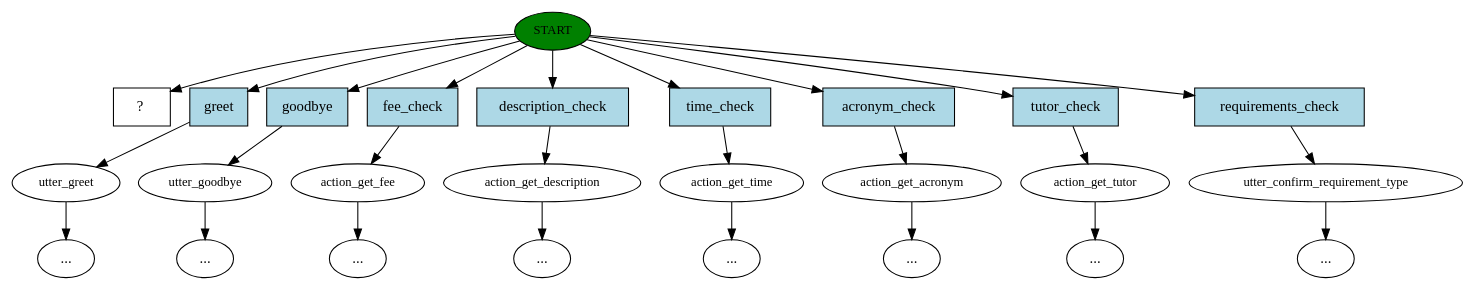
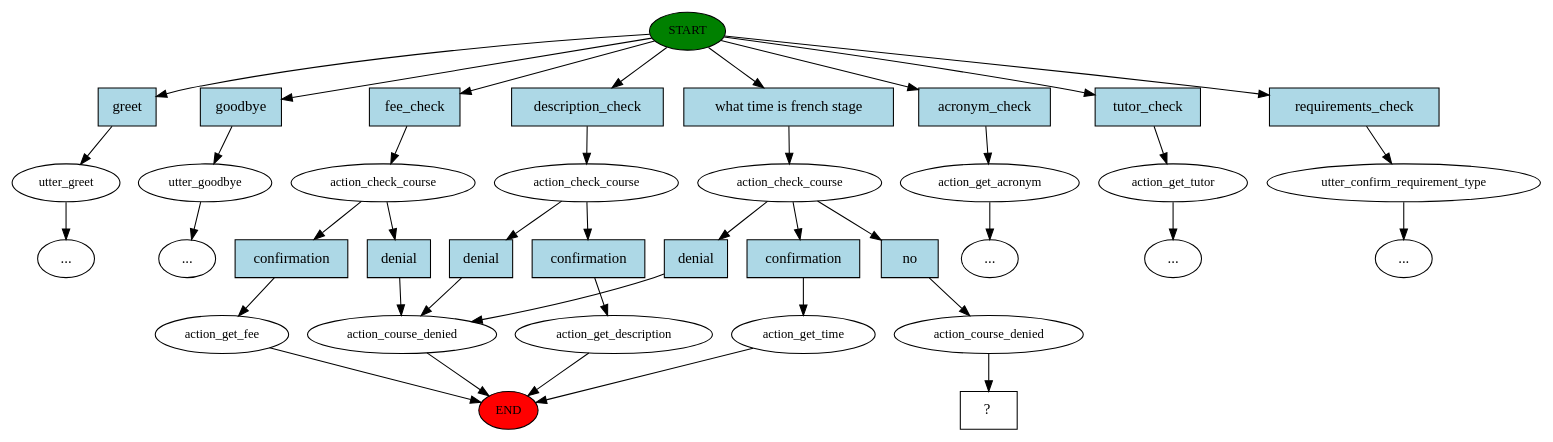
Before and after one commit to leonore/ugenie: the diagram in chat-service/model/story_graph.dot, drawn with Graphviz. The commit also changed 9 other files, not shown here.

```diff
--- a/chat-service/model/story_graph.dot
+++ b/chat-service/model/story_graph.dot
@@ -1,53 +1,78 @@
 digraph  {
 0 [class="start active", fillcolor=green, fontsize=12, label=START, style=filled];
+"-1" [class=end, fillcolor=red, fontsize=12, label=END, style=filled];
 1 [class="", fontsize=12, label=utter_greet];
 "-3" [class=ellipsis, label="..."];
 2 [class="", fontsize=12, label=utter_goodbye];
 "-4" [class=ellipsis, label="..."];
-3 [class="", fontsize=12, label=action_get_fee];
+3 [class="", fontsize=12, label=action_check_course];
+4 [class="", fontsize=12, label=action_get_fee];
+6 [class="", fontsize=12, label=action_course_denied];
+7 [class=active, fontsize=12, label=action_check_course];
+8 [class="", fontsize=12, label=action_get_time];
+11 [class="", fontsize=12, label=action_check_course];
+12 [class="", fontsize=12, label=action_get_description];
+15 [class="", fontsize=12, label=action_get_acronym];
 "-5" [class=ellipsis, label="..."];
-4 [class="", fontsize=12, label=action_get_description];
+16 [class="", fontsize=12, label=action_get_tutor];
 "-6" [class=ellipsis, label="..."];
-5 [class="", fontsize=12, label=action_get_time];
+17 [class="", fontsize=12, label=utter_confirm_requirement_type];
 "-7" [class=ellipsis, label="..."];
-6 [class="", fontsize=12, label=action_get_acronym];
-"-8" [class=ellipsis, label="..."];
-7 [class="", fontsize=12, label=action_get_tutor];
-"-9" [class=ellipsis, label="..."];
-8 [class="", fontsize=12, label=utter_confirm_requirement_type];
-"-10" [class=ellipsis, label="..."];
-9 [class="intent dashed active", label="  ?  ", shape=rect];
-10 [class=intent, fillcolor=lightblue, label=greet, shape=rect, style=filled];
-11 [class=intent, fillcolor=lightblue, label=goodbye, shape=rect, style=filled];
-12 [class=intent, fillcolor=lightblue, label=fee_check, shape=rect, style=filled];
-13 [class=intent, fillcolor=lightblue, label=description_check, shape=rect, style=filled];
-14 [class=intent, fillcolor=lightblue, label=time_check, shape=rect, style=filled];
-15 [class=intent, fillcolor=lightblue, label=acronym_check, shape=rect, style=filled];
-16 [class=intent, fillcolor=lightblue, label=tutor_check, shape=rect, style=filled];
-17 [class=intent, fillcolor=lightblue, label=requirements_check, shape=rect, style=filled];
-0 -> 9  [class=active, key=NONE, label=""];
-0 -> 10  [class="", key=0];
-0 -> 11  [class="", key=0];
-0 -> 12  [class="", key=0];
-0 -> 13  [class="", key=0];
-0 -> 14  [class="", key=0];
-0 -> 15  [class="", key=0];
-0 -> 16  [class="", key=0];
-0 -> 17  [class="", key=0];
+21 [class=active, fontsize=12, label=action_course_denied];
+22 [class="intent dashed active", label="  ?  ", shape=rect];
+23 [class=intent, fillcolor=lightblue, label=greet, shape=rect, style=filled];
+24 [class=intent, fillcolor=lightblue, label=goodbye, shape=rect, style=filled];
+25 [class=intent, fillcolor=lightblue, label=fee_check, shape=rect, style=filled];
+26 [class="intent active", fillcolor=lightblue, label="what time is french stage", shape=rect, style=filled];
+27 [class=intent, fillcolor=lightblue, label=description_check, shape=rect, style=filled];
+28 [class=intent, fillcolor=lightblue, label=acronym_check, shape=rect, style=filled];
+29 [class=intent, fillcolor=lightblue, label=tutor_check, shape=rect, style=filled];
+30 [class=intent, fillcolor=lightblue, label=requirements_check, shape=rect, style=filled];
+31 [class=intent, fillcolor=lightblue, label=confirmation, shape=rect, style=filled];
+32 [class=intent, fillcolor=lightblue, label=denial, shape=rect, style=filled];
+33 [class=intent, fillcolor=lightblue, label=confirmation, shape=rect, style=filled];
+34 [class=intent, fillcolor=lightblue, label=denial, shape=rect, style=filled];
+35 [class="intent active", fillcolor=lightblue, label=no, shape=rect, style=filled];
+36 [class=intent, fillcolor=lightblue, label=confirmation, shape=rect, style=filled];
+37 [class=intent, fillcolor=lightblue, label=denial, shape=rect, style=filled];
+0 -> 23  [class="", key=0];
+0 -> 24  [class="", key=0];
+0 -> 25  [class="", key=0];
+0 -> 26  [class=active, key=0];
+0 -> 27  [class="", key=0];
+0 -> 28  [class="", key=0];
+0 -> 29  [class="", key=0];
+0 -> 30  [class="", key=0];
 1 -> "-3"  [class="", key=NONE, label=""];
 2 -> "-4"  [class="", key=NONE, label=""];
-3 -> "-5"  [class="", key=NONE, label=""];
-4 -> "-6"  [class="", key=NONE, label=""];
-5 -> "-7"  [class="", key=NONE, label=""];
-6 -> "-8"  [class="", key=NONE, label=""];
-7 -> "-9"  [class="", key=NONE, label=""];
-8 -> "-10"  [class="", key=NONE, label=""];
-10 -> 1  [class="", key=0];
-11 -> 2  [class="", key=0];
-12 -> 3  [class="", key=0];
-13 -> 4  [class="", key=0];
-14 -> 5  [class="", key=0];
-15 -> 6  [class="", key=0];
-16 -> 7  [class="", key=0];
-17 -> 8  [class="", key=0];
+3 -> 31  [class="", key=0];
+3 -> 32  [class="", key=0];
+4 -> "-1"  [class="", key=NONE, label=""];
+6 -> "-1"  [class="", key=NONE, label=""];
+7 -> 33  [class="", key=0];
+7 -> 34  [class="", key=0];
+7 -> 35  [class=active, key=0];
+8 -> "-1"  [class="", key=NONE, label=""];
+11 -> 36  [class="", key=0];
+11 -> 37  [class="", key=0];
+12 -> "-1"  [class="", key=NONE, label=""];
+15 -> "-5"  [class="", key=NONE, label=""];
+16 -> "-6"  [class="", key=NONE, label=""];
+17 -> "-7"  [class="", key=NONE, label=""];
+21 -> 22  [class=active, key=NONE, label=""];
+23 -> 1  [class="", key=0];
+24 -> 2  [class="", key=0];
+25 -> 3  [class="", key=0];
+26 -> 7  [class=active, key=0];
+27 -> 11  [class="", key=0];
+28 -> 15  [class="", key=0];
+29 -> 16  [class="", key=0];
+30 -> 17  [class="", key=0];
+31 -> 4  [class="", key=0];
+32 -> 6  [class="", key=0];
+33 -> 8  [class="", key=0];
+34 -> 6  [class="", key=0];
+35 -> 21  [class=active, key=0];
+36 -> 12  [class="", key=0];
+37 -> 6  [class="", key=0];
 }
```
